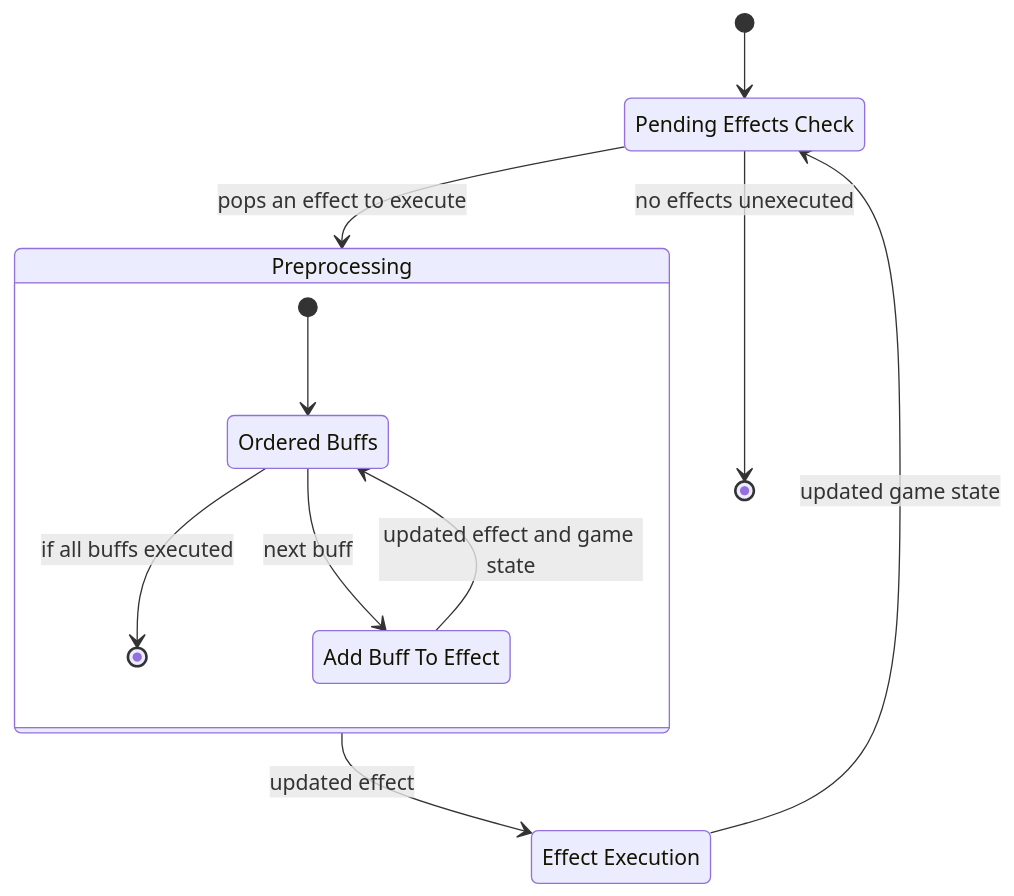
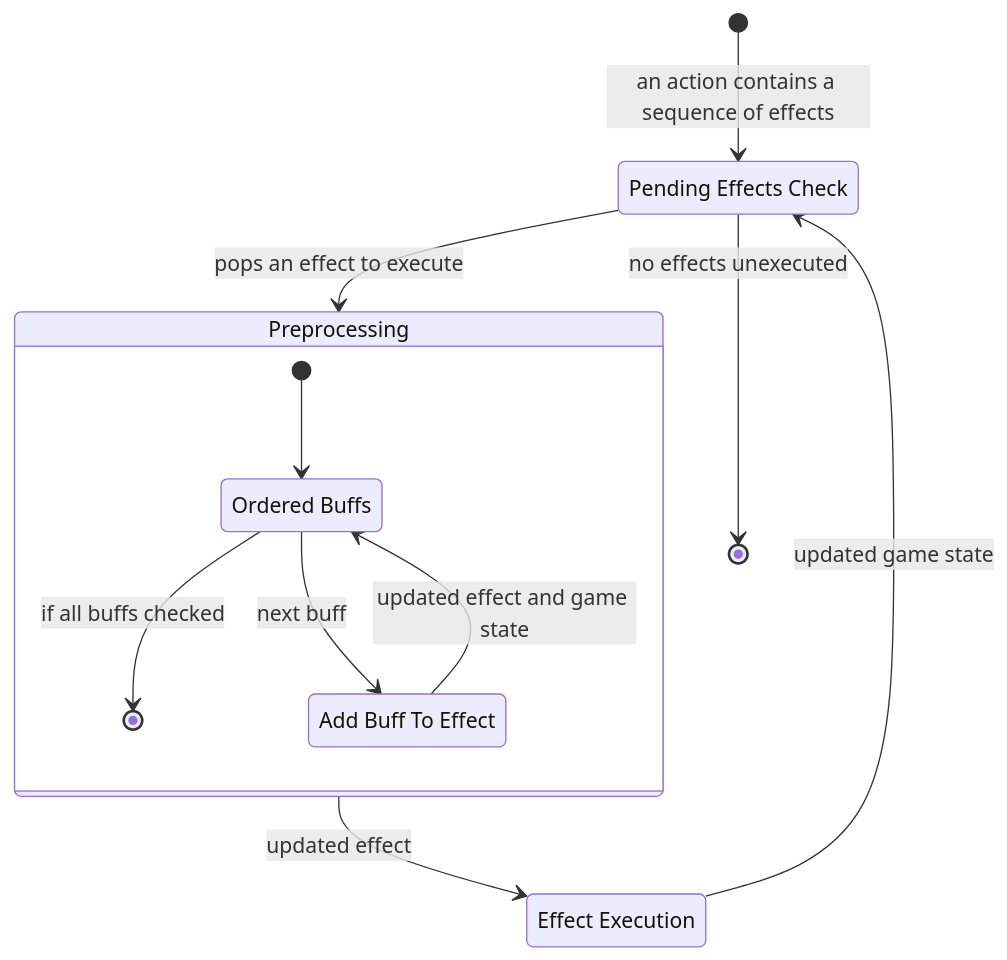
Before and after one commit to Jarvis-Yu/Dottore-Genius-Invokation-TCG-Simulator: the fourth of 4 diagrams in docs/state_machine_design.md, drawn with Mermaid. The commit also changed other lines of this file, not shown here.

````diff
--- a/docs/state_machine_design.md
+++ b/docs/state_machine_design.md
@@ -122,21 +137,21 @@
 ```mermaid
 stateDiagram-v2
     es  : Pending Effects Check
     pp  : Preprocessing
     state pp {
         sq  : Ordered Buffs
         ab  : Add Buff To Effect
 
         [*]  --> sq
-        sq   --> [*]   : if all buffs executed
+        sq   --> [*]   : if all buffs checked
         sq   --> ab    : next buff
         ab   --> sq    : updated effect and game state
     }
     ex  : Effect Execution
 
-    [*]  --> es
+    [*]  --> es    : an action contains a sequence of effects
     es   --> [*]   : no effects unexecuted
     es   --> pp    : pops an effect to execute
     pp   --> ex    : updated effect
     ex   --> es    : updated game state
 ```
````
